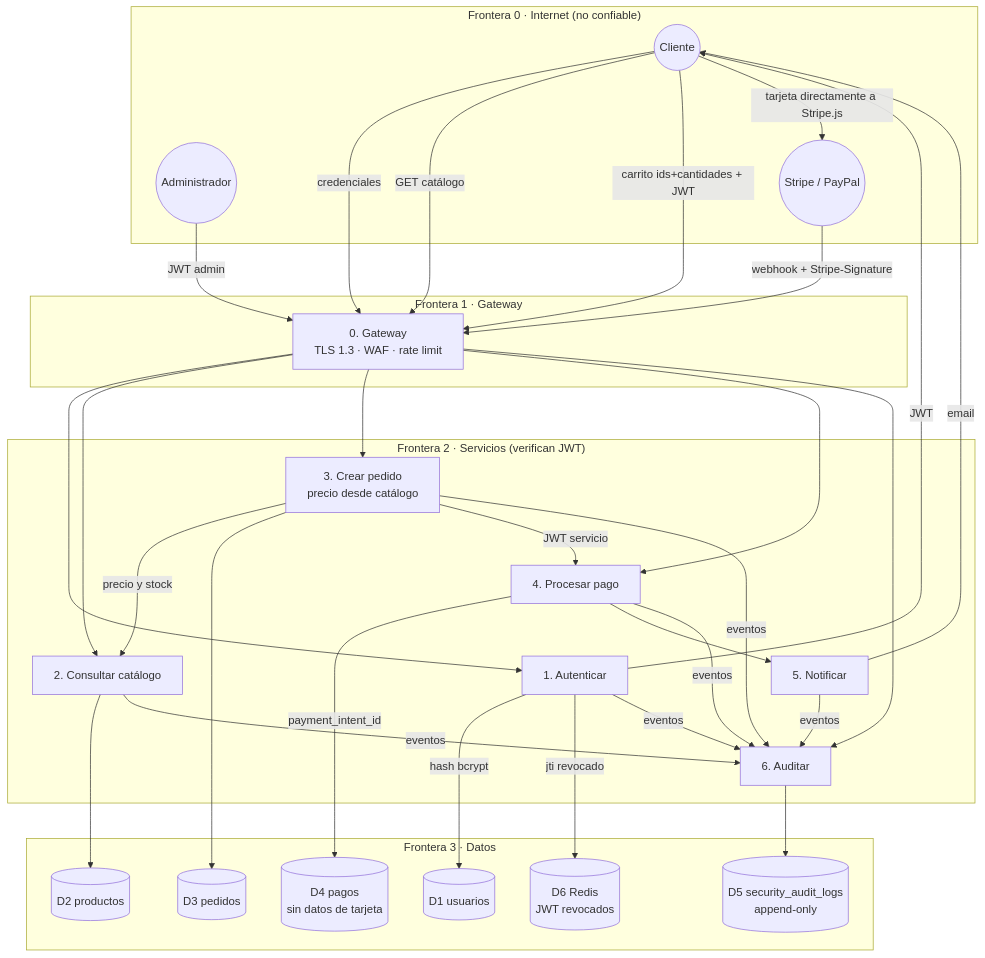
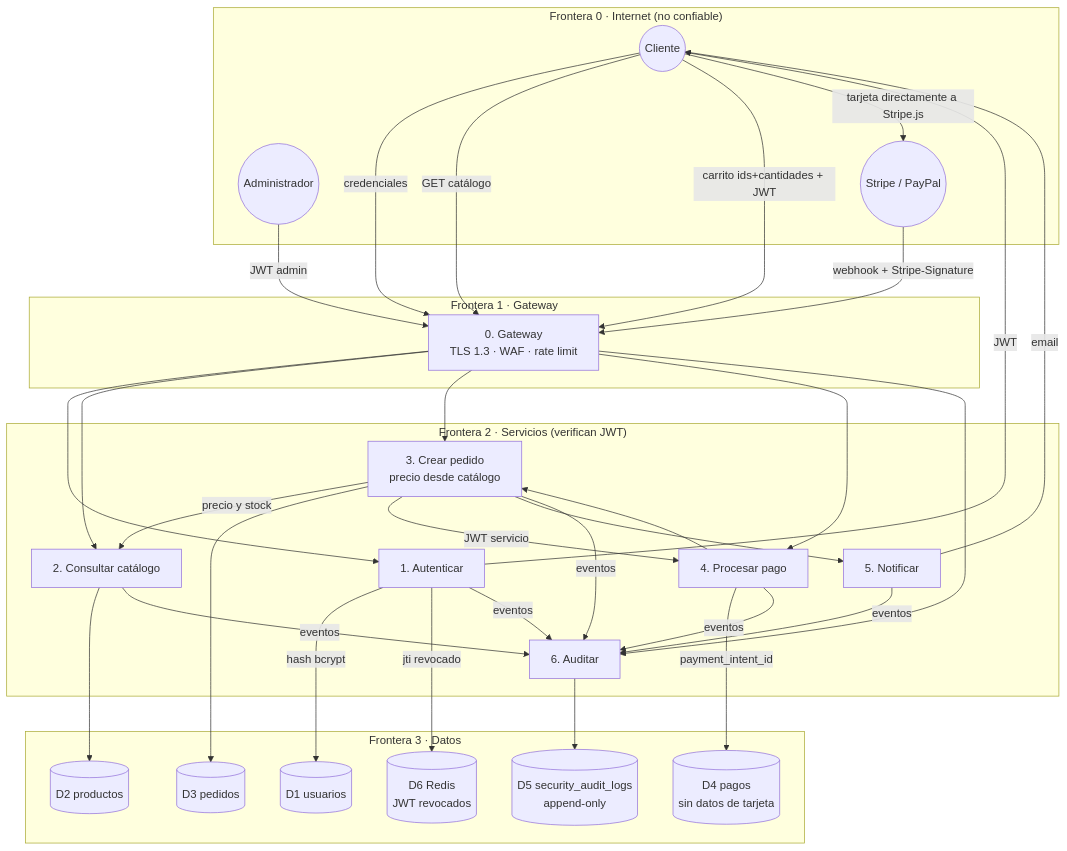
Before and after one commit to AxER1402/Veterinaria: the second of 2 diagrams in docs/01-arquitectura-stride-dfd.md, drawn with Mermaid. The commit also changed other lines of this file and 38 other files, not shown here.

````diff
--- a/docs/01-arquitectura-stride-dfd.md
+++ b/docs/01-arquitectura-stride-dfd.md
@@ -74,46 +75,47 @@
 ```mermaid
 flowchart TB
     subgraph TB0 [" Frontera 0 · Internet (no confiable) "]
         C((Cliente))
         ADM((Administrador))
         ST((Stripe / PayPal))
     end
 
     subgraph TB1 [" Frontera 1 · Gateway "]
         P0[0. Gateway<br>TLS 1.3 · WAF · rate limit]
     end
 
     subgraph TB2 [" Frontera 2 · Servicios (verifican JWT) "]
         P1[1. Autenticar]
         P2[2. Consultar catálogo]
         P3[3. Crear pedido<br>precio desde catálogo]
         P4[4. Procesar pago]
         P5[5. Notificar]
         P6[6. Auditar]
     end
 
     subgraph TB3 [" Frontera 3 · Datos "]
         D1[(D1 usuarios)]
         D2[(D2 productos)]
         D3[(D3 pedidos)]
         D4[(D4 pagos<br>sin datos de tarjeta)]
         D5[(D5 security_audit_logs<br>append-only)]
         D6[(D6 Redis<br>JWT revocados)]
     end
 
     C -- credenciales --> P0 --> P1
     P1 -- hash bcrypt --> D1
     P1 -- jti revocado --> D6
     P1 -- JWT --> C
     C -- GET catálogo --> P0 --> P2 --> D2
     C -- carrito ids+cantidades + JWT --> P0 --> P3
     P3 -- precio y stock --> P2
     P3 --> D3
     P3 -- JWT servicio --> P4
     C -- tarjeta directamente a Stripe.js --> ST
     ST -- webhook + Stripe-Signature --> P0 --> P4
     P4 -- payment_intent_id --> D4
-    P4 --> P5 -- email --> C
+    P4 --> P3
+    P3 --> P5 -- email --> C
     ADM -- JWT admin --> P0 --> P6
     P1 & P2 & P3 & P4 & P5 -- eventos --> P6 --> D5
 ```
````
